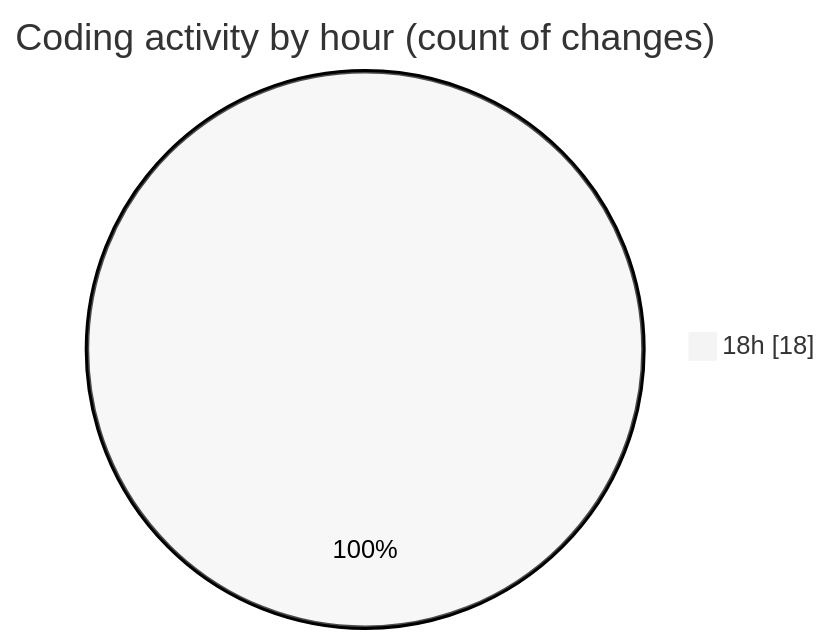
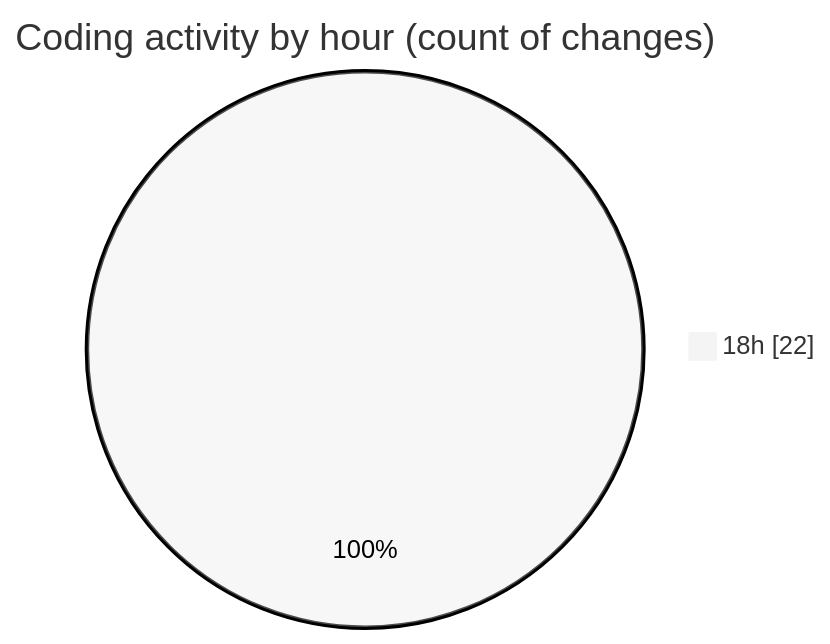
One commit to Netris89/code-tracking changed the second of 2 diagrams in 2025-04-29/back-end/README.md. Above: the diagram before and after it, drawn with Mermaid (neutral theme). The commit also changed other lines of this file and 1 other file, not shown here.

````diff
--- a/2025-04-29/back-end/README.md
+++ b/2025-04-29/back-end/README.md
@@ -29,5 +30,5 @@
 ```mermaid
 pie showData
 title Coding activity by hour (count of changes)
-"18h" : 18
+"18h" : 22
 ```
````
